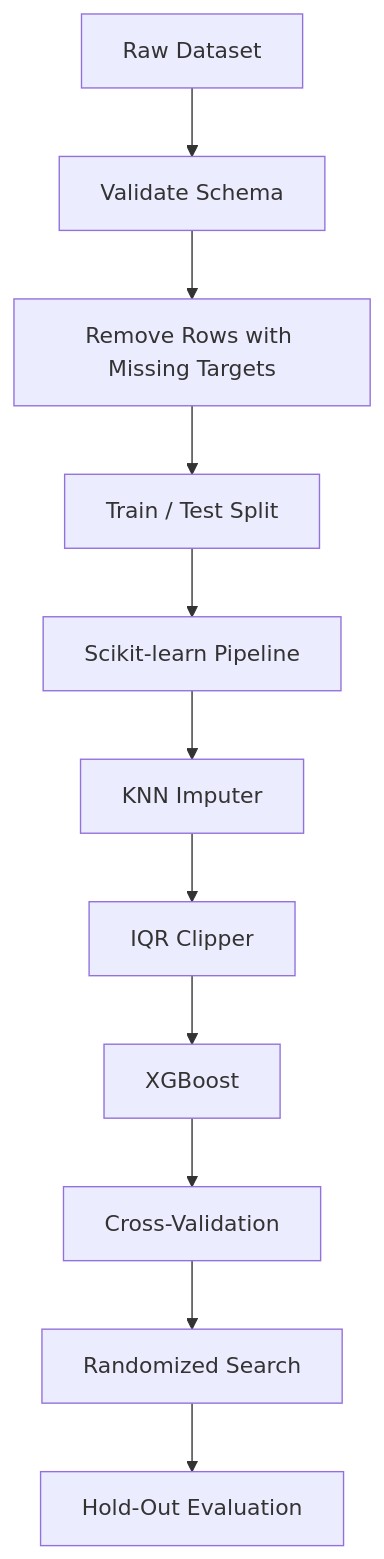
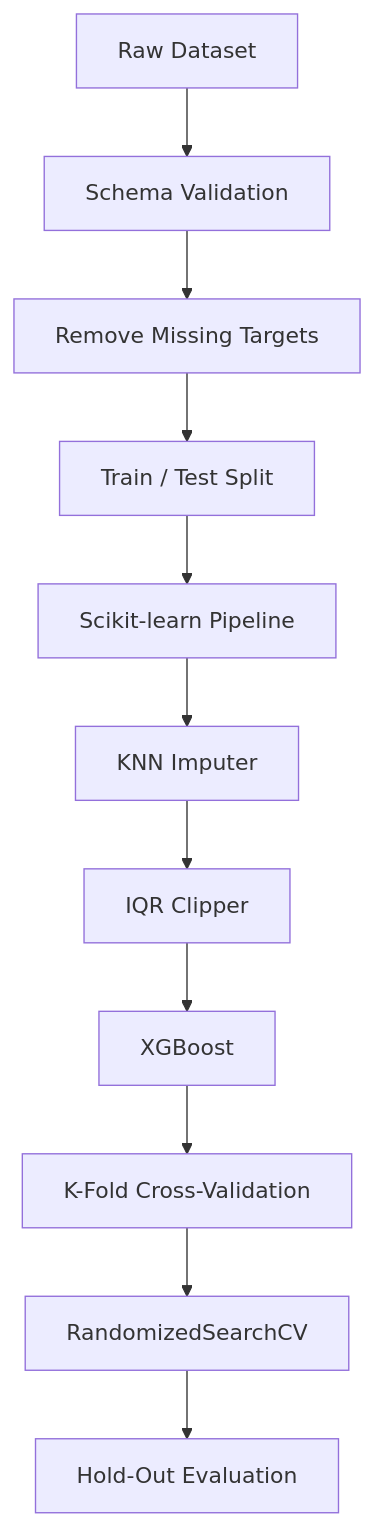
One commit to mahmmooudian/water-network-ai-analyzer changed the fourth of 9 diagrams in README.md. Above: the diagram before and after it, drawn with Mermaid. The commit also changed other lines of this file, not shown here.

````diff
--- a/README.md
+++ b/README.md
@@ -160,15 +166,15 @@
 ```mermaid
 flowchart TD
-    A[Raw Dataset] --> B[Validate Schema]
-    B --> C[Remove Rows with Missing Targets]
+    A[Raw Dataset] --> B[Schema Validation]
+    B --> C[Remove Missing Targets]
     C --> D[Train / Test Split]
 
     D --> E[Scikit-learn Pipeline]
     E --> F[KNN Imputer]
     F --> G[IQR Clipper]
     G --> H[XGBoost]
 
-    H --> I[Cross-Validation]
-    I --> J[Randomized Search]
+    H --> I[K-Fold Cross-Validation]
+    I --> J[RandomizedSearchCV]
     J --> K[Hold-Out Evaluation]
 ```
````
